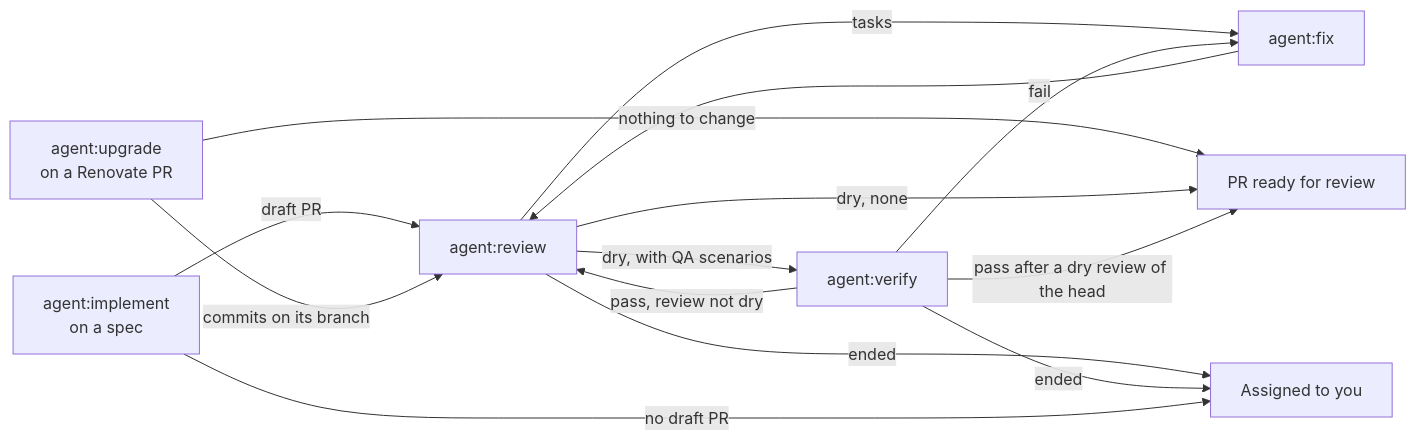
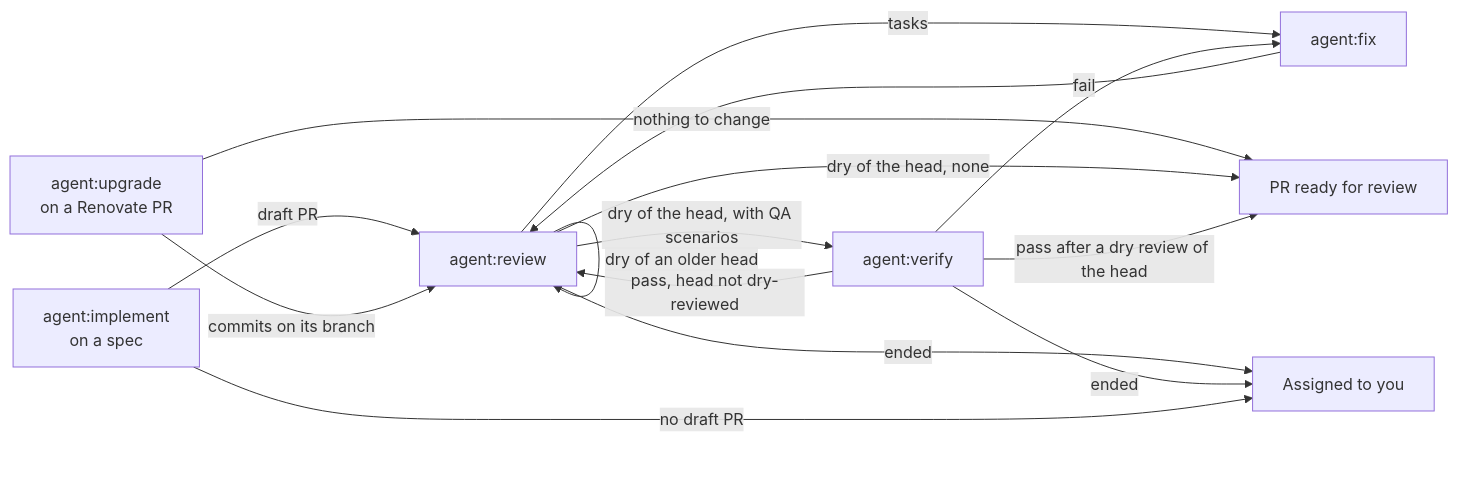
One commit to jd-solanki/ai changed the second of 2 diagrams in apps/software-factory/README.md. Above: the diagram before and after it, drawn with Mermaid. The commit also changed 5 other files, not shown here.

````diff
--- a/apps/software-factory/README.md
+++ b/apps/software-factory/README.md
@@ -209,15 +209,16 @@
 ```mermaid
 flowchart LR
   I["agent:implement<br/>on a spec"] -->|"draft PR"| R["agent:review"]
   A["agent:upgrade<br/>on a Renovate PR"] -->|"commits on its branch"| R
   A -->|"nothing to change"| D
   R -->|"tasks"| X["agent:fix"] --> R
-  R -->|"dry, with QA scenarios"| V["agent:verify"]
-  R -->|"dry, none"| D["PR ready for review"]
+  R -->|"dry of the head, with QA scenarios"| V["agent:verify"]
+  R -->|"dry of the head, none"| D["PR ready for review"]
+  R -->|"dry of an older head"| R
   V -->|"pass after a dry review of the head"| D
-  V -->|"pass, review not dry"| R
+  V -->|"pass, head not dry-reviewed"| R
   V -->|"fail"| X
   R -->|"ended"| H["Assigned to you"]
   V -->|"ended"| H
   I -->|"no draft PR"| H
 ```
````
